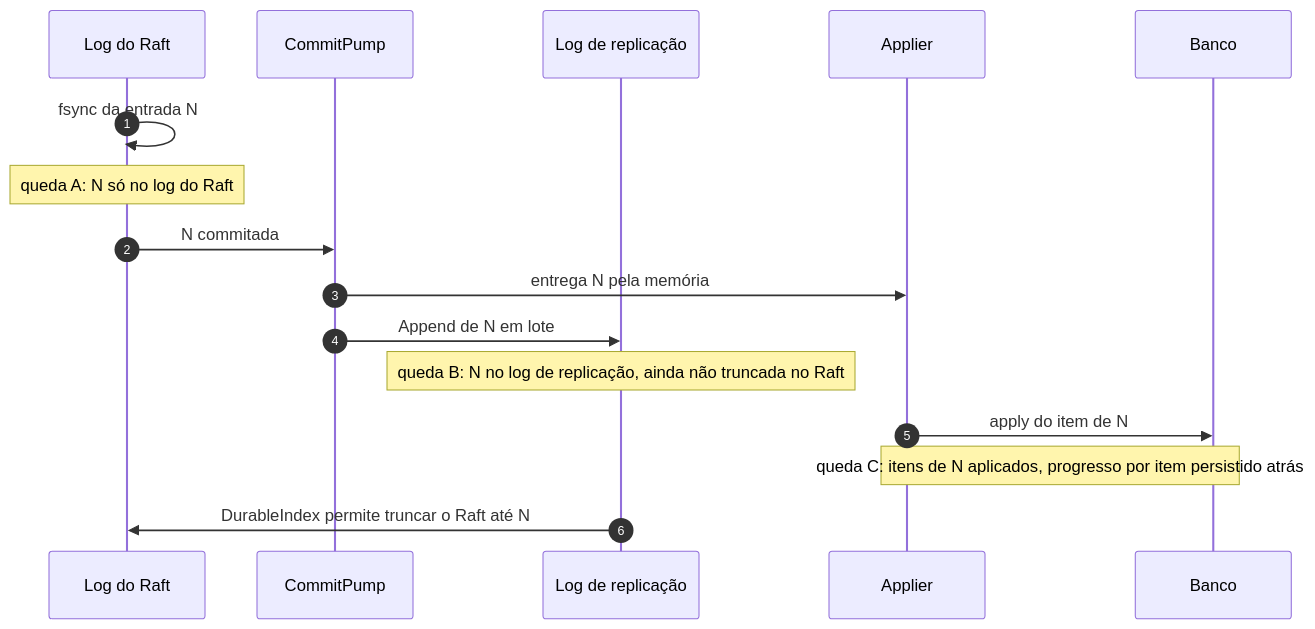
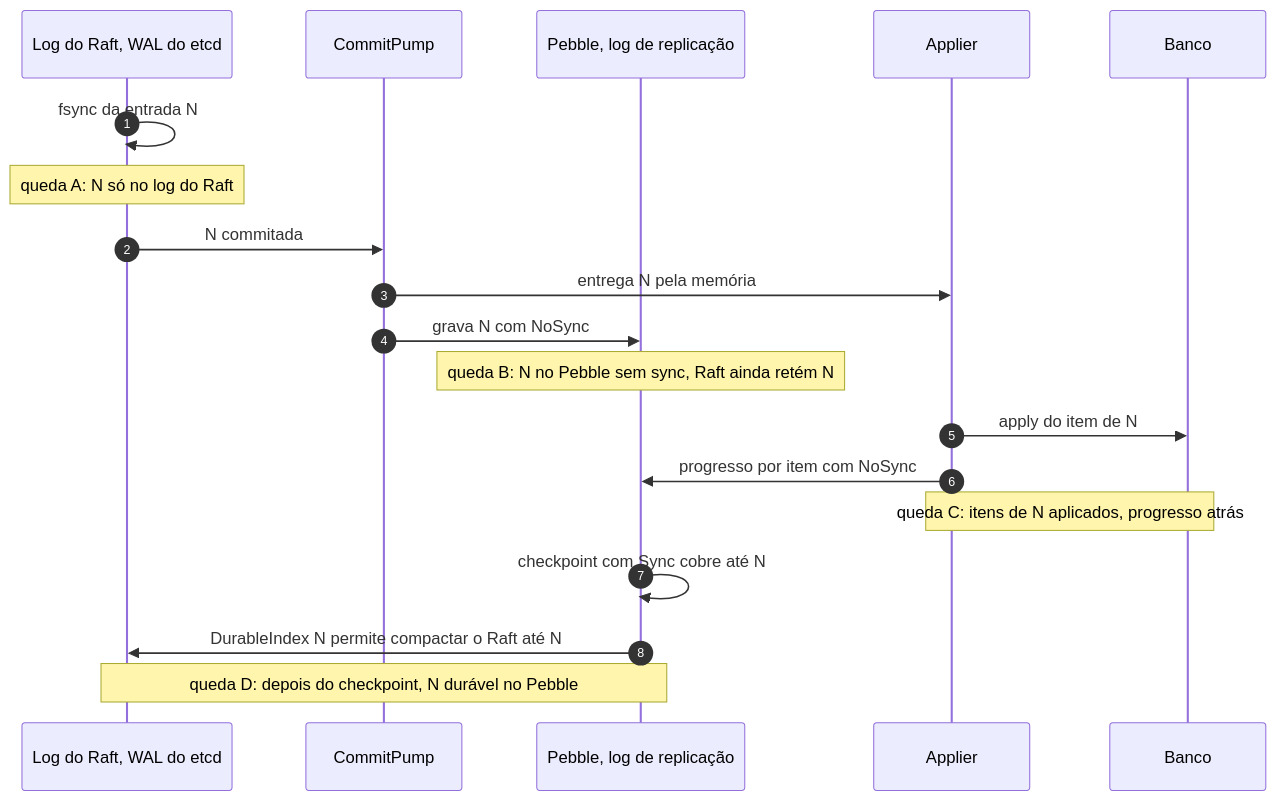
One commit to brbarmex/k changed the diagram in 02_cenarios/complexos/X04-partida-recuperacao-e-dois-logs.md. Above: the diagram before and after it, drawn with Mermaid. The commit also changed other lines of this file and 29 other files, not shown here.

First line of the commit message:
Log de replicação em Pebble (ADR-055): derivado do Raft, sem fsync no ACK, volume separado

````diff
--- a/02_cenarios/complexos/X04-partida-recuperacao-e-dois-logs.md
+++ b/02_cenarios/complexos/X04-partida-recuperacao-e-dois-logs.md
@@ -11,18 +15,21 @@
 ```mermaid
 sequenceDiagram
     autonumber
-    participant R as Log do Raft
+    participant R as Log do Raft, WAL do etcd
     participant P as CommitPump
-    participant L as Log de replicação
+    participant L as Pebble, log de replicação
     participant AP as Applier
     participant DB as Banco
     R->>R: fsync da entrada N
     Note over R: queda A: N só no log do Raft
     R->>P: N commitada
     P->>AP: entrega N pela memória
-    P->>L: Append de N em lote
-    Note over L: queda B: N no log de replicação, ainda não truncada no Raft
+    P->>L: grava N com NoSync
+    Note over L: queda B: N no Pebble sem sync, Raft ainda retém N
     AP->>DB: apply do item de N
-    Note over AP,DB: queda C: itens de N aplicados, progresso por item persistido atrás
-    L->>R: DurableIndex permite truncar o Raft até N
+    AP->>L: progresso por item com NoSync
+    Note over AP,DB: queda C: itens de N aplicados, progresso atrás
+    L->>L: checkpoint com Sync cobre até N
+    L->>R: DurableIndex N permite compactar o Raft até N
+    Note over R,L: queda D: depois do checkpoint, N durável no Pebble
 ```
````
